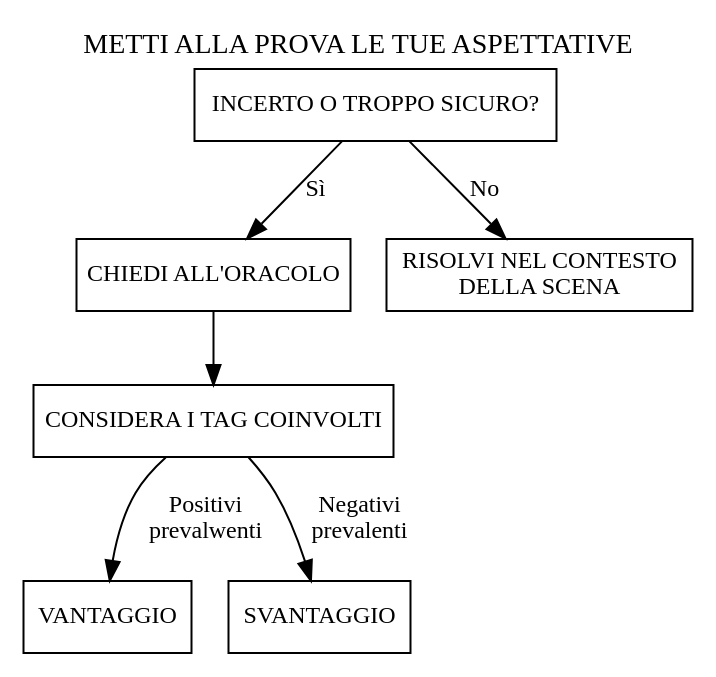
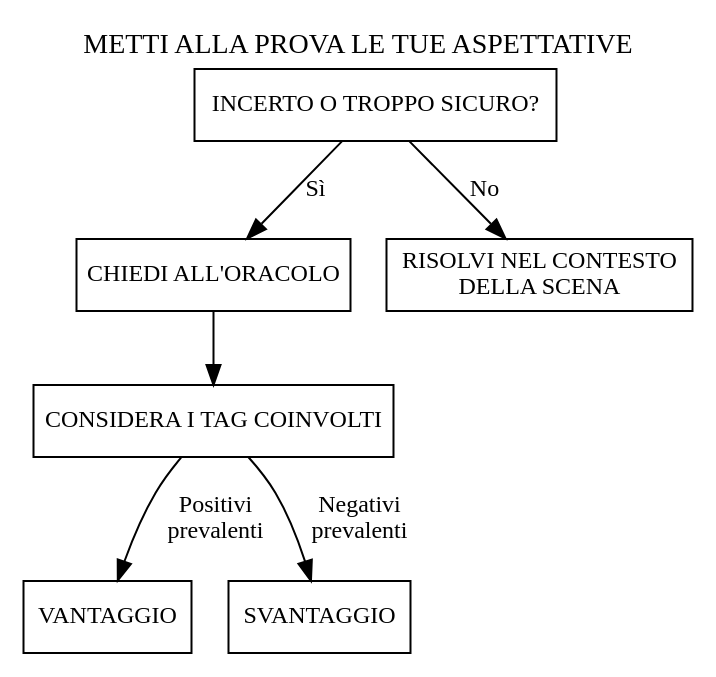
The diagram in it/diagrammi/testa_aspettative.dot (zeruhur/loner), drawn with Graphviz before and after one commit. The commit also changed 16 other files, not shown here.

Commit message:
updating diagrams

```diff
--- a/it/diagrammi/testa_aspettative.dot
+++ b/it/diagrammi/testa_aspettative.dot
@@ -1,22 +1,22 @@
 digraph testa_aspettative {
     label = "METTI ALLA PROVA LE TUE ASPETTATIVE";
     labelloc="t";
     fontname="Permanent Marker";
     node [shape="rect", style = "", 
     fontname="Permanent Marker", fontsize=12];
     edge [shape="rect", fontname="Permanent Marker", fontsize=12];
 
 
     cs11 [label = "INCERTO O TROPPO SICURO?"];
     cs12 [label = "CHIEDI ALL'ORACOLO"];
     cs13 [label = "RISOLVI NEL CONTESTO \n DELLA SCENA"];
     cs14 [label = "CONSIDERA I TAG COINVOLTI"];
     cs15 [label = "VANTAGGIO"];
     cs16 [label = "SVANTAGGIO"];
 
     cs11 -> cs12 [label="Sì"];
     cs11 -> cs13 [label="No"];
     cs12 -> cs14;
-    cs14 -> cs15 [label = "Positivi \n prevalwenti"];
+    cs14 -> cs15 [label = "Positivi \n prevalenti"];
     cs14 -> cs16 [label = "Negativi \n prevalenti"];
 }
```
